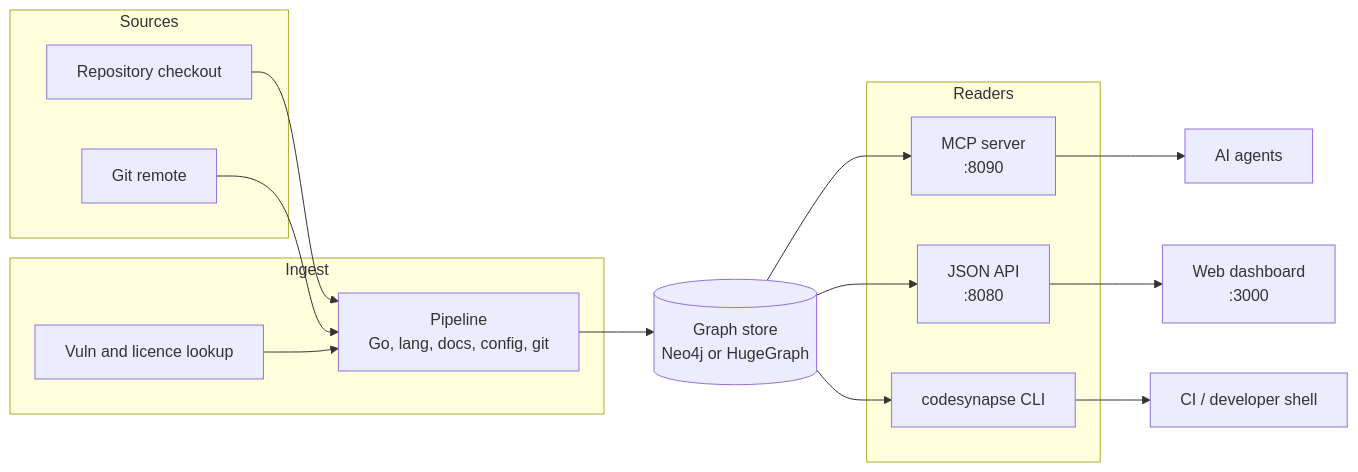
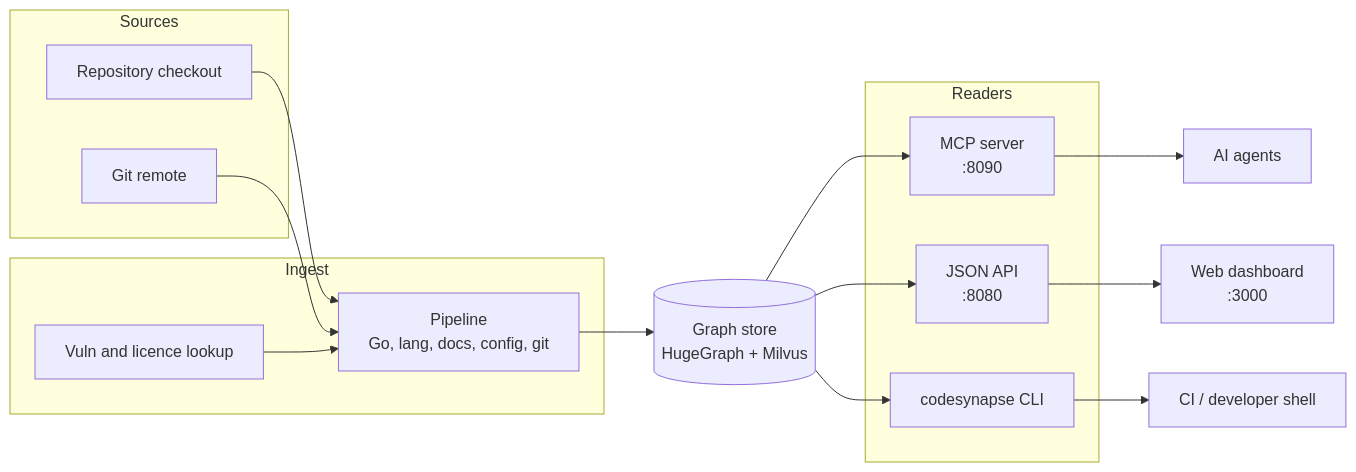
Before and after one commit to astrona-io/codesynapse: the diagram in docs/index.md, drawn with Mermaid. The commit also changed 53 other files, not shown here.

First line of the commit message:
refactor: remove Neo4j; HugeGraph with Milvus is the only graph database

````diff
--- a/docs/index.md
+++ b/docs/index.md
@@ -21,28 +21,28 @@
 ```mermaid
 flowchart LR
     subgraph Sources
         R[Repository checkout]
         G[Git remote]
     end
     subgraph Ingest
         P[Pipeline<br/>Go, lang, docs, config, git]
         V[Vuln and licence lookup]
     end
-    DB[(Graph store<br/>Neo4j or HugeGraph)]
+    DB[(Graph store<br/>HugeGraph + Milvus)]
     subgraph Readers
         MCP[MCP server<br/>:8090]
         API[JSON API<br/>:8080]
         CLI[codesynapse CLI]
     end
     A[AI agents]
     W[Web dashboard<br/>:3000]
     CI[CI / developer shell]
 
     R --> P
     G --> P
     V --> P
     P --> DB
     DB --> MCP --> A
     DB --> API --> W
     DB --> CLI --> CI
 ```
````
